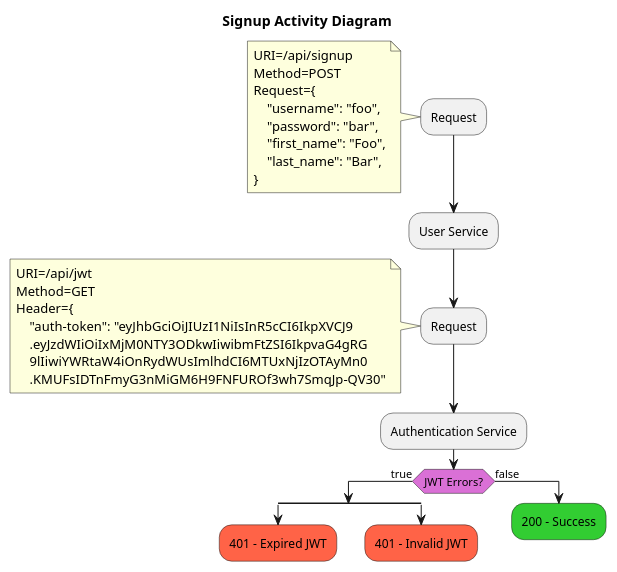
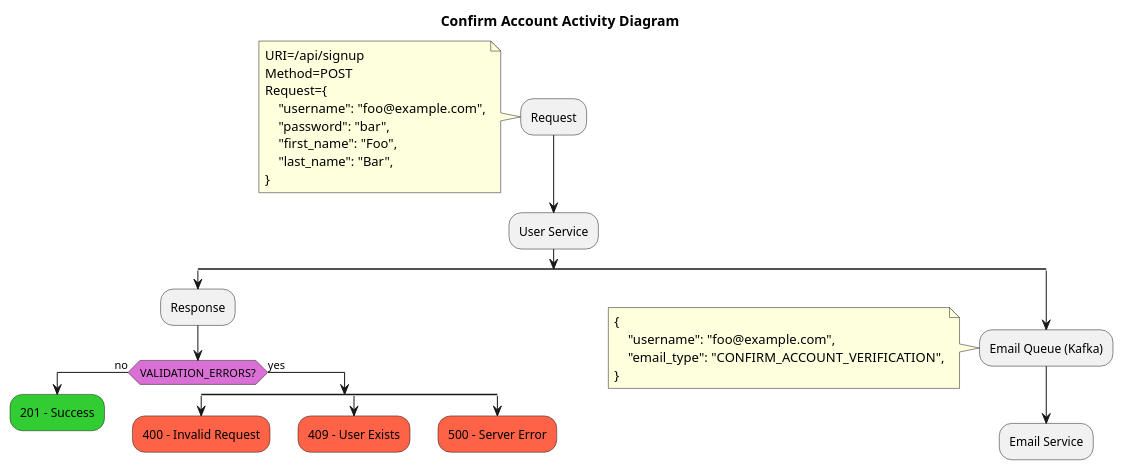
Before and after one commit to darrylmorton/ct-iot-user-service-k8s: the diagram in docs/diagrams/routes/Signup_Activity_Diagram.puml, drawn with PlantUML. The commit also changed 32 other files, not shown here.

First line of the commit message:
feat: auth service v2 updates. dep updates (#23)

```diff
--- a/docs/diagrams/routes/Signup_Activity_Diagram.puml
+++ b/docs/diagrams/routes/Signup_Activity_Diagram.puml
@@ -1,48 +1,52 @@
 @startuml
 'https://plantuml.com/activity-diagram-beta
 
-title Signup Activity Diagram
+title Confirm Account Activity Diagram
 
 :Request;
 note
 URI=/api/signup
 Method=POST
 Request={
-    "username": "foo",
+    "username": "foo@example.com",
     "password": "bar",
     "first_name": "Foo",
     "last_name": "Bar",
 }
 end note
 
 :User Service;
+split
 
-:Request;
+:Response;
+skinparam ActivityDiamondBackgroundColor orchid
+if (VALIDATION_ERRORS?) then (no)
+    #limegreen:201 - Success;
+    kill;
+else (yes)
+    split
+        #tomato:400 - Invalid Request;
+        kill;
+    split again
+        #tomato:409 - User Exists;
+        kill;
+    split again
+        #tomato:500 - Server Error;
+        kill;
+    end split
+endif
+
+split again
+:Email Queue (Kafka);
 note
-URI=/api/jwt
-Method=GET
-Header={
-    "auth-token": "eyJhbGciOiJIUzI1NiIsInR5cCI6IkpXVCJ9
-    .eyJzdWIiOiIxMjM0NTY3ODkwIiwibmFtZSI6IkpvaG4gRG
-    9lIiwiYWRtaW4iOnRydWUsImlhdCI6MTUxNjIzOTAyMn0
-    .KMUFsIDTnFmyG3nMiGM6H9FNFUROf3wh7SmqJp-QV30"
+{
+    "username": "foo@example.com",
+    "email_type": "CONFIRM_ACCOUNT_VERIFICATION",
+}
 end note
 
-:Authentication Service;
-
-skinparam ActivityDiamondBackgroundColor orchid
-if (JWT Errors?) then (true)
-    split
-        #tomato:401 - Expired JWT;
-        kill;
-    split again
-        #tomato:401 - Invalid JWT;
-        kill;
-    end split
-    kill;
-else (false)
-    #limegreen:200 - Success;
-    kill;
-endif
+:Email Service;
+kill;
+end split
 
 @enduml
```
